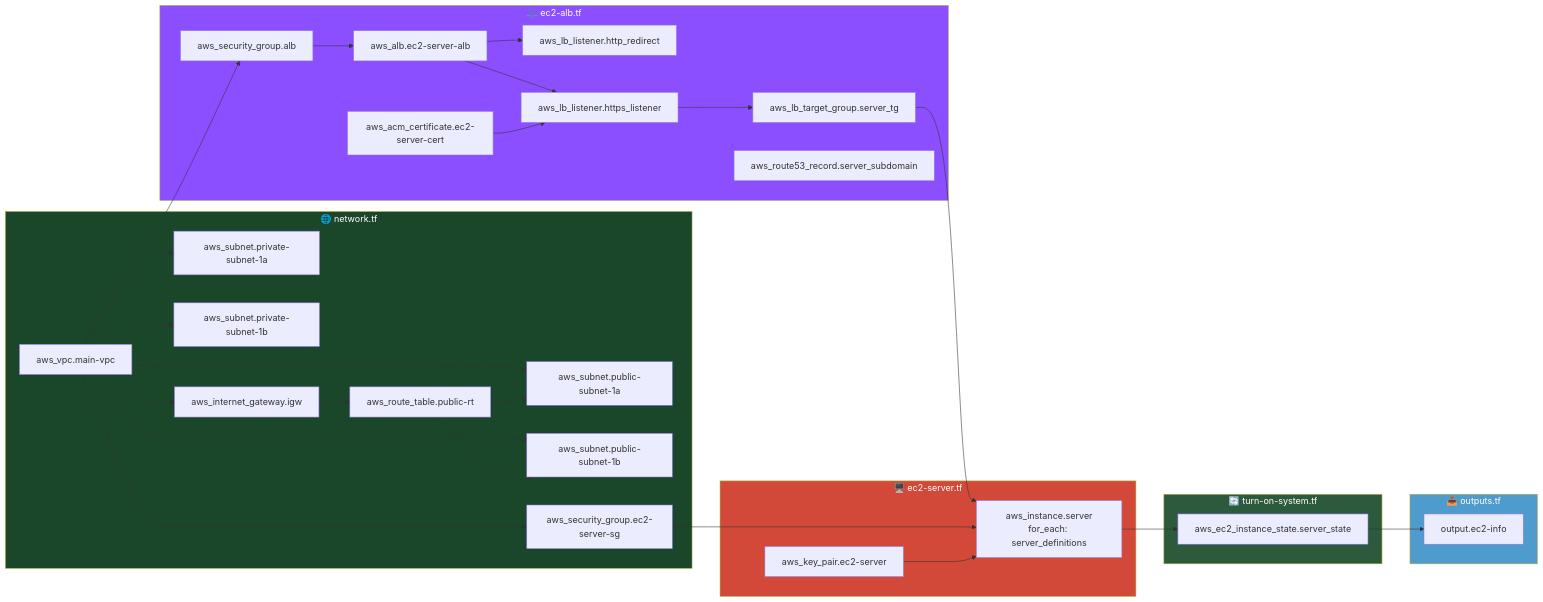
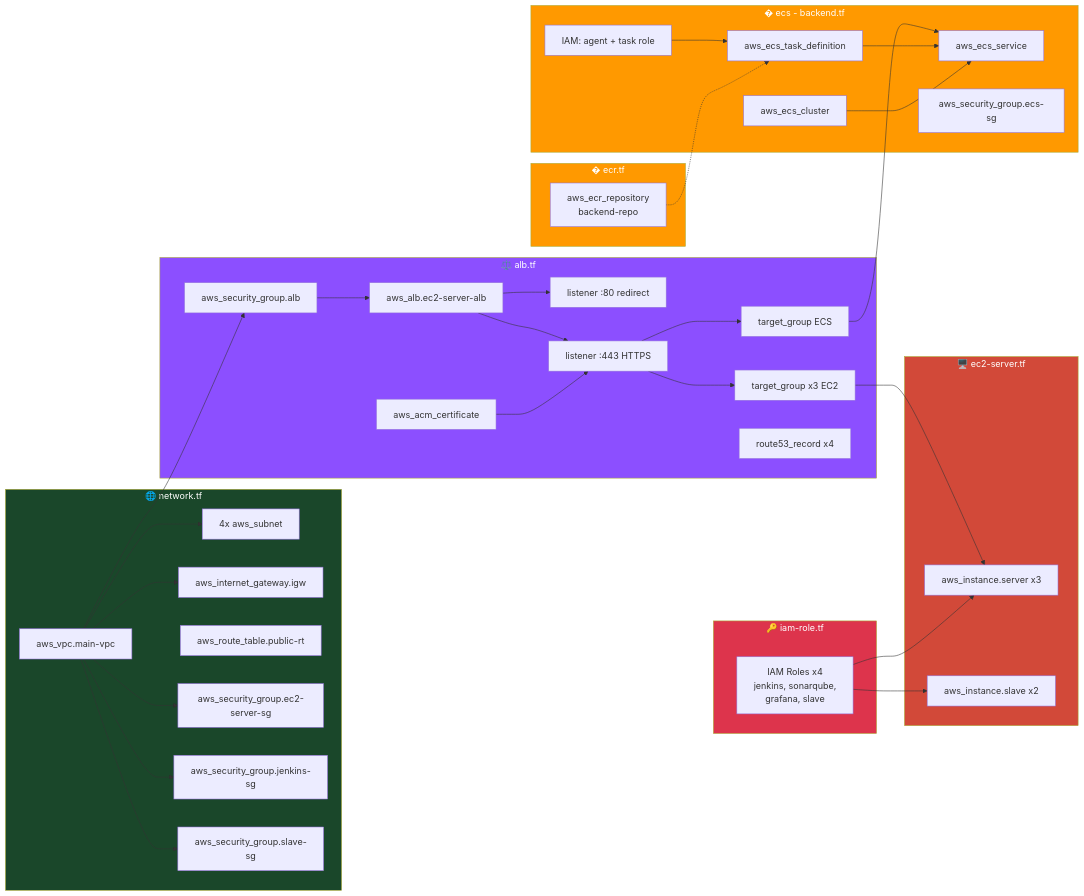
One commit to senn404/AWS-ECS-Fargate-CI-CD-Pipeline changed the fourth of 4 diagrams in README.md. Above: the diagram before and after it, drawn with Mermaid. The commit also changed other lines of this file and 1 other file, not shown here.

Commit message:
docs: Expand README to include ECS Fargate workload details, Jenkins slave configuration, and refined network architecture diagrams.

````diff
--- a/README.md
+++ b/README.md
@@ -205,55 +259,63 @@
 ```mermaid
 graph LR
-    subgraph Networking["🌐 network.tf"]
+    subgraph Net["🌐 network.tf"]
         VPC["aws_vpc.main-vpc"]
-        PubSub1a["aws_subnet.public-subnet-1a"]
-        PubSub1b["aws_subnet.public-subnet-1b"]
-        PrivSub1a["aws_subnet.private-subnet-1a"]
-        PrivSub1b["aws_subnet.private-subnet-1b"]
+        Subnets["4x aws_subnet"]
         IGW["aws_internet_gateway.igw"]
         RT["aws_route_table.public-rt"]
         SG_EC2["aws_security_group.ec2-server-sg"]
+        SG_Jenkins["aws_security_group.jenkins-sg"]
+        SG_Slave["aws_security_group.slave-sg"]
     end
 
-    subgraph ALBRes["⚖️ ec2-alb.tf"]
+    subgraph ALBRes["⚖️ alb.tf"]
         SG_ALB["aws_security_group.alb"]
-        ACM["aws_acm_certificate.ec2-server-cert"]
+        ACM["aws_acm_certificate"]
         ALB["aws_alb.ec2-server-alb"]
-        Listener80["aws_lb_listener.http_redirect"]
-        Listener443["aws_lb_listener.https_listener"]
-        TG["aws_lb_target_group.server_tg"]
-        R53["aws_route53_record.server_subdomain"]
+        L80["listener :80 redirect"]
+        L443["listener :443 HTTPS"]
+        TG_Server["target_group x3 EC2"]
+        TG_ECS["target_group ECS"]
+        R53["route53_record x4"]
     end
 
     subgraph EC2Res["🖥️ ec2-server.tf"]
-        KP["aws_key_pair.ec2-server"]
-        EC2["aws_instance.server<br/>for_each: server_definitions"]
+        Servers["aws_instance.server x3"]
+        Slaves["aws_instance.slave x2"]
     end
 
-    subgraph StateRes["🔄 turn-on-system.tf"]
-        State["aws_ec2_instance_state.server_state"]
+    subgraph IAMRes["🔑 iam-role.tf"]
+        Roles["IAM Roles x4<br/>jenkins, sonarqube,<br/>grafana, slave"]
     end
 
-    subgraph OutputRes["📤 outputs.tf"]
-        Output["output.ec2-info"]
+    subgraph ECSRes["� ecs - backend.tf"]
+        Cluster["aws_ecs_cluster"]
+        TaskDef["aws_ecs_task_definition"]
+        Service["aws_ecs_service"]
+        ECS_Roles["IAM: agent + task role"]
+        ECS_SG["aws_security_group.ecs-sg"]
     end
 
-    VPC --> PubSub1a & PubSub1b & PrivSub1a & PrivSub1b & IGW
-    IGW --> RT
-    RT --> PubSub1a & PubSub1b
-    VPC --> SG_EC2 & SG_ALB
+    subgraph ECRRes["� ecr.tf"]
+        ECR["aws_ecr_repository<br/>backend-repo"]
+    end
+
+    VPC --> Subnets & IGW & SG_EC2 & SG_Jenkins & SG_Slave & SG_ALB
     SG_ALB --> ALB
-    ALB --> Listener80 & Listener443
-    ACM --> Listener443
-    Listener443 --> TG
-    TG --> EC2
-    SG_EC2 --> EC2
-    KP --> EC2
-    EC2 --> State --> Output
+    ALB --> L80 & L443
+    ACM --> L443
+    L443 --> TG_Server & TG_ECS
+    TG_Server --> Servers
+    TG_ECS --> Service
+    Roles --> Servers & Slaves
+    ECS_Roles --> TaskDef --> Service
+    Cluster --> Service
+    ECR -.-> TaskDef
 
-    style Networking fill:#1a472a,color:#fff
+    style Net fill:#1a472a,color:#fff
     style ALBRes fill:#8C4FFF,color:#fff
     style EC2Res fill:#D24939,color:#fff
-    style StateRes fill:#2d5a3d,color:#fff
-    style OutputRes fill:#4E9BCD,color:#fff
+    style IAMRes fill:#DD344C,color:#fff
+    style ECSRes fill:#FF9900,color:#fff
+    style ECRRes fill:#FF9900,color:#fff
 ```
````
